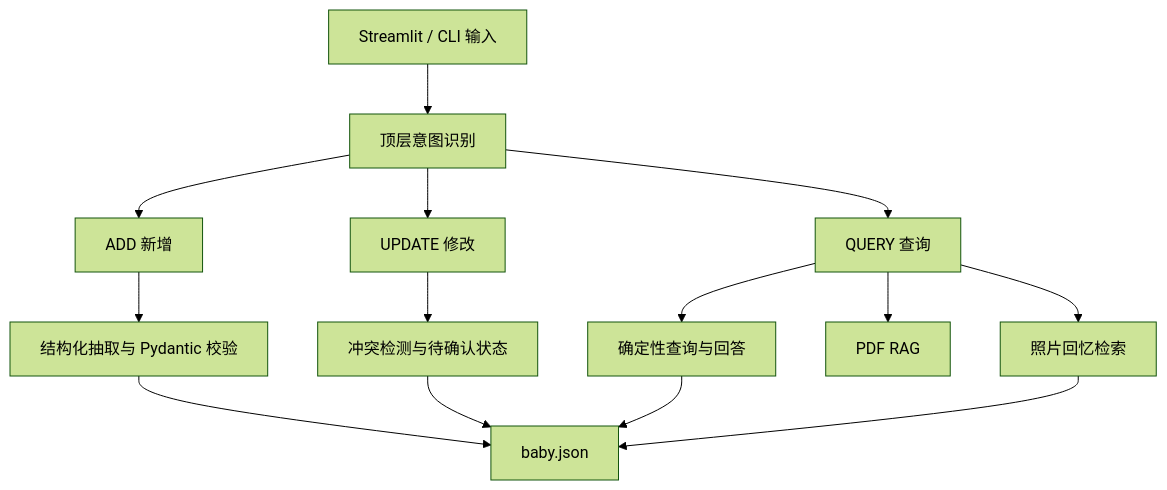
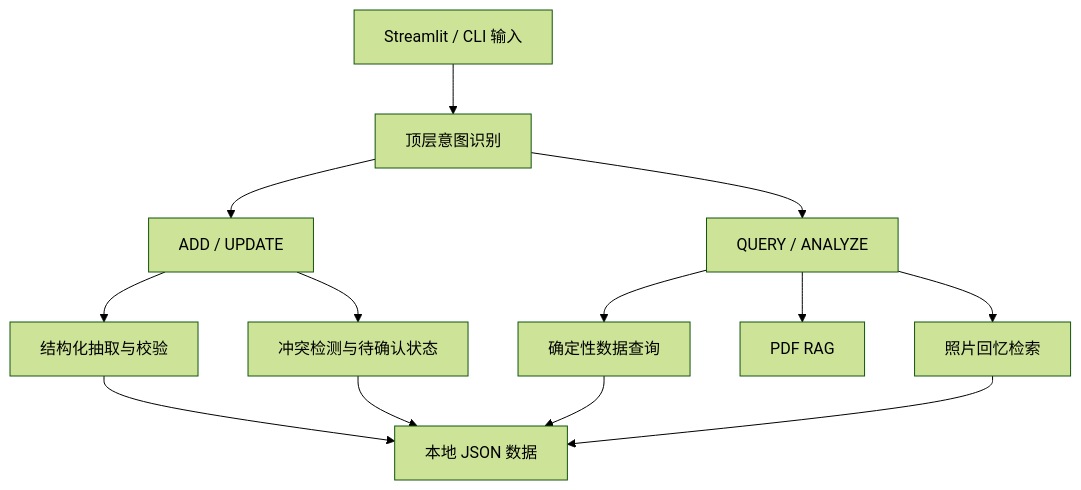
The diagram in README.md (XinqiZhuang/parenting-memory-agent), drawn with Mermaid (forest theme) before and after one commit. The commit also changed other lines of this file and 1 other file, not shown here.

````diff
--- a/README.md
+++ b/README.md
@@ -114,16 +148,15 @@
 ```mermaid
 flowchart TD
     A["Streamlit / CLI 输入"] --> B["顶层意图识别"]
-    B --> C["ADD 新增"]
-    B --> D["UPDATE 修改"]
-    B --> E["QUERY 查询"]
-    C --> F["结构化抽取与 Pydantic 校验"]
-    D --> G["冲突检测与待确认状态"]
-    E --> H["确定性查询与回答"]
-    E --> I["PDF RAG"]
-    E --> J["照片回忆检索"]
-    F --> K["baby.json"]
-    G --> K
-    H --> K
-    J --> K
+    B --> C["ADD / UPDATE"]
+    B --> D["QUERY / ANALYZE"]
+    C --> E["结构化抽取与校验"]
+    C --> F["冲突检测与待确认状态"]
+    D --> G["确定性数据查询"]
+    D --> H["PDF RAG"]
+    D --> I["照片回忆检索"]
+    E --> J["本地 JSON 数据"]
+    F --> J
+    G --> J
+    I --> J
 ```
````
